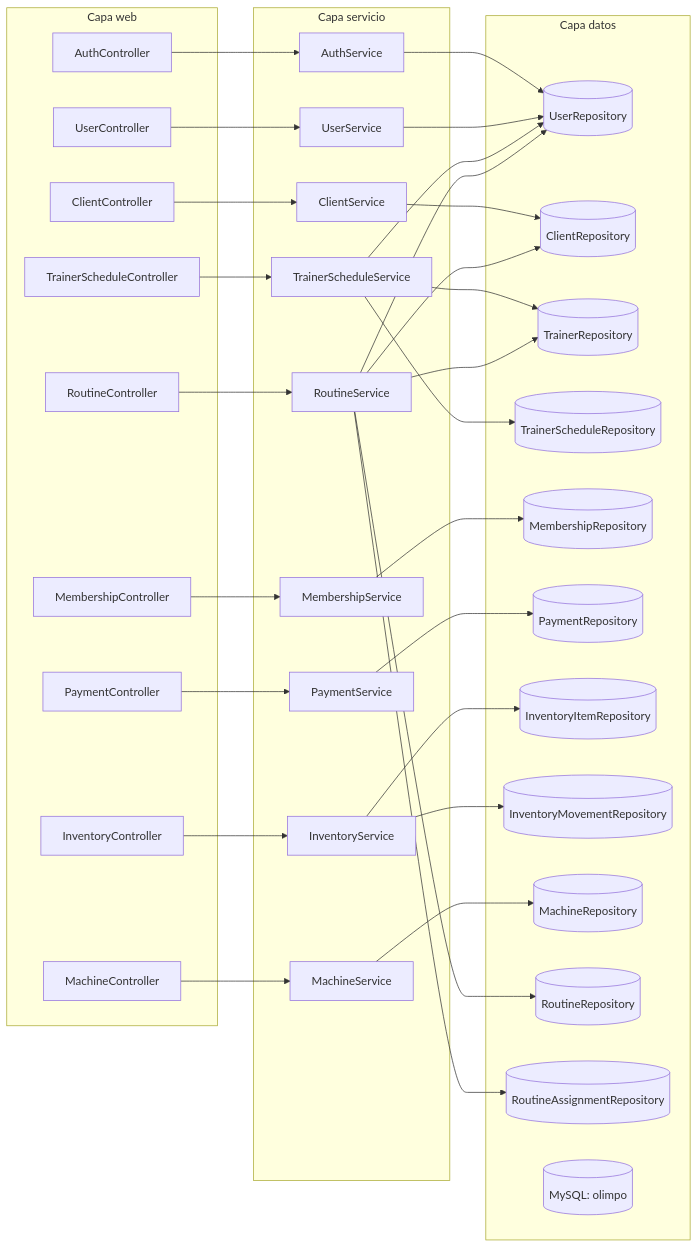
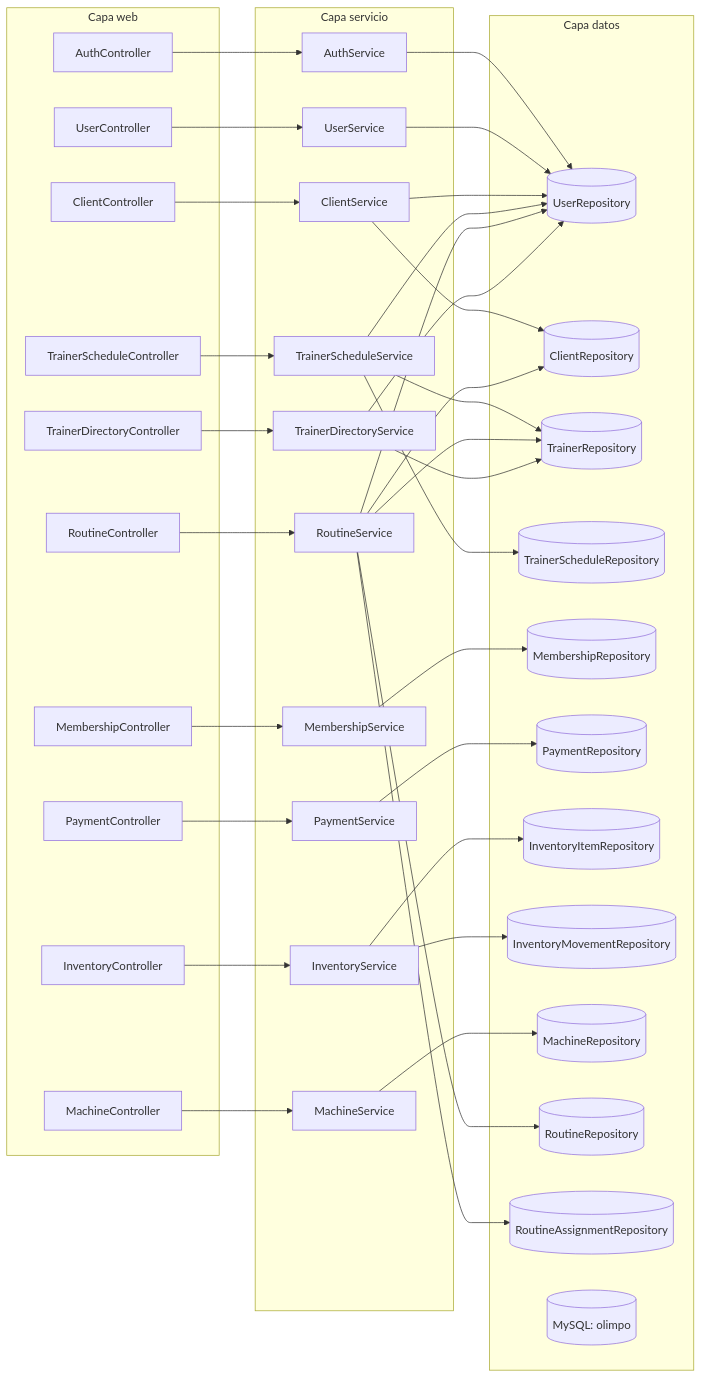
One commit to MrSwell/OlimpO changed the second of 4 diagrams in docs/ARCHITECTURE.md. Above: the diagram before and after it, drawn with Mermaid. The commit also changed other lines of this file and 5 other files, not shown here.

````diff
--- a/docs/ARCHITECTURE.md
+++ b/docs/ARCHITECTURE.md
@@ -59,48 +59,51 @@
 ```mermaid
 flowchart LR
     subgraph web["Capa web"]
         AC[AuthController]
         UC[UserController]
         CC[ClientController]
         MC[MembershipController]
         PC[PaymentController]
         IC[InventoryController]
         MACH[MachineController]
         TSC[TrainerScheduleController]
         RC[RoutineController]
+        TDC[TrainerDirectoryController]
     end
     subgraph logic["Capa servicio"]
         AS[AuthService]
         US[UserService]
         CS[ClientService]
         MS[MembershipService]
         PS[PaymentService]
         IS[InventoryService]
         MACHS[MachineService]
         TSS[TrainerScheduleService]
         RS[RoutineService]
+        TDS[TrainerDirectoryService]
     end
     subgraph data["Capa datos"]
         UR[(UserRepository)]
         CR[(ClientRepository)]
         TR[(TrainerRepository)]
         TSR[(TrainerScheduleRepository)]
         MR[(MembershipRepository)]
         PR[(PaymentRepository)]
         IR[(InventoryItemRepository)]
         IMR[(InventoryMovementRepository)]
         MACHR[(MachineRepository)]
         RR[(RoutineRepository)]
         RAR[(RoutineAssignmentRepository)]
         DB[(MySQL: olimpo)]
     end
     AC --> AS --> UR
     UC --> US --> UR
-    CC --> CS --> CR
+    CC --> CS --> CR & UR
     MC --> MS --> MR
     PC --> PS --> PR
     IC --> IS --> IR & IMR
     MACH --> MACHS --> MACHR
     TSC --> TSS --> TSR & TR & UR
     RC --> RS --> RR & RAR & TR & CR & UR
+    TDC --> TDS --> TR & UR
 ```
````
